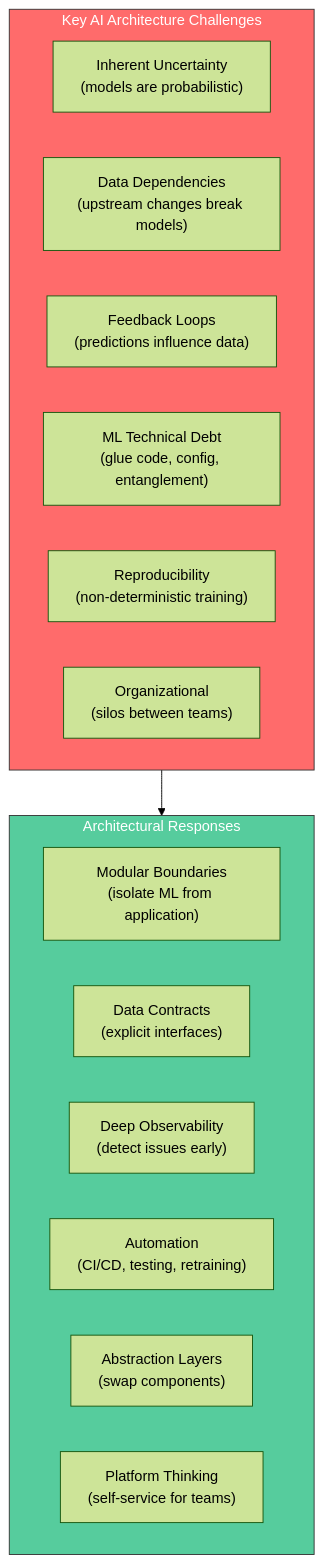
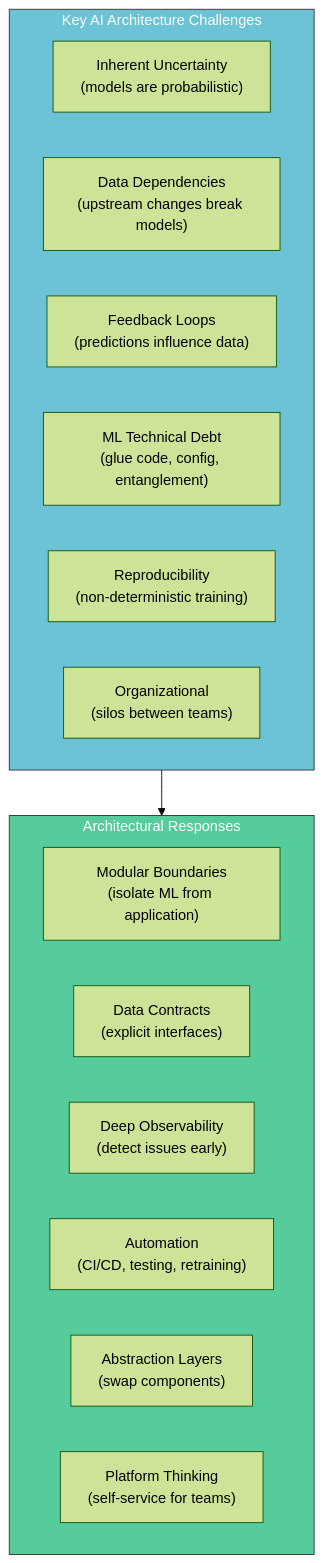
The tenth of 10 diagrams in posts/ai-architect/AI-Architect-Interview-QA-1.qmd (tanquangduong/tanquangduong.github.io), drawn with Mermaid (forest theme) before and after one commit. The commit also changed other lines of this file and 10 other files, not shown here.

````diff
--- a/posts/ai-architect/AI-Architect-Interview-QA-1.qmd
+++ b/posts/ai-architect/AI-Architect-Interview-QA-1.qmd
@@ -809,25 +814,25 @@
 ```{mermaid}
 graph TD
     subgraph Challenges["Key AI Architecture Challenges"]
         UNCERTAINTY["Inherent Uncertainty<br/>(models are probabilistic)"]
         DATA_DEP["Data Dependencies<br/>(upstream changes break models)"]
         FEEDBACK["Feedback Loops<br/>(predictions influence data)"]
         TECHNICAL_DEBT["ML Technical Debt<br/>(glue code, config, entanglement)"]
         REPRODUCIBILITY["Reproducibility<br/>(non-deterministic training)"]
         ORG_CHALLENGE["Organizational<br/>(silos between teams)"]
     end
 
     subgraph Responses["Architectural Responses"]
         MODULAR["Modular Boundaries<br/>(isolate ML from application)"]
         CONTRACTS["Data Contracts<br/>(explicit interfaces)"]
         OBSERVE["Deep Observability<br/>(detect issues early)"]
         AUTOMATE["Automation<br/>(CI/CD, testing, retraining)"]
         ABSTRACT["Abstraction Layers<br/>(swap components)"]
         CULTURE["Platform Thinking<br/>(self-service for teams)"]
     end
 
     Challenges --> Responses
 
-    style Challenges fill:#ff6b6b,stroke:#333,color:#fff
+    style Challenges fill:#6cc3d5,stroke:#333,color:#fff
     style Responses fill:#56cc9d,stroke:#333,color:#fff
 ```
````
